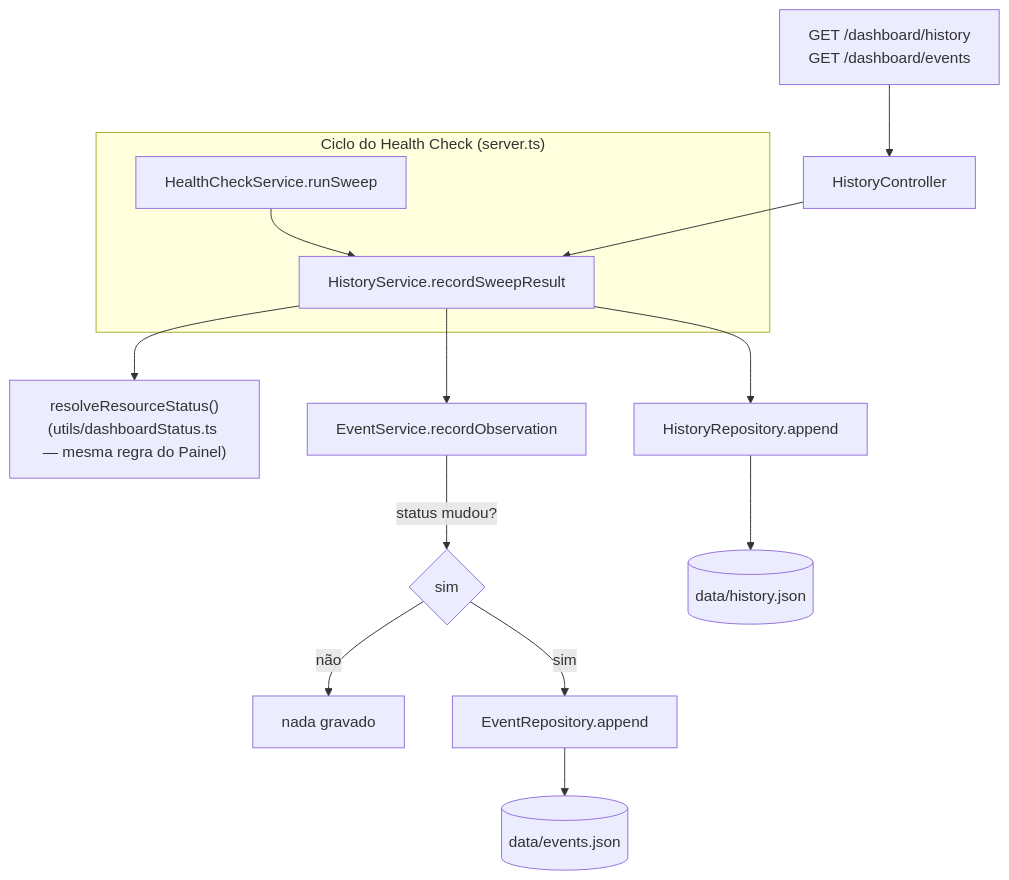
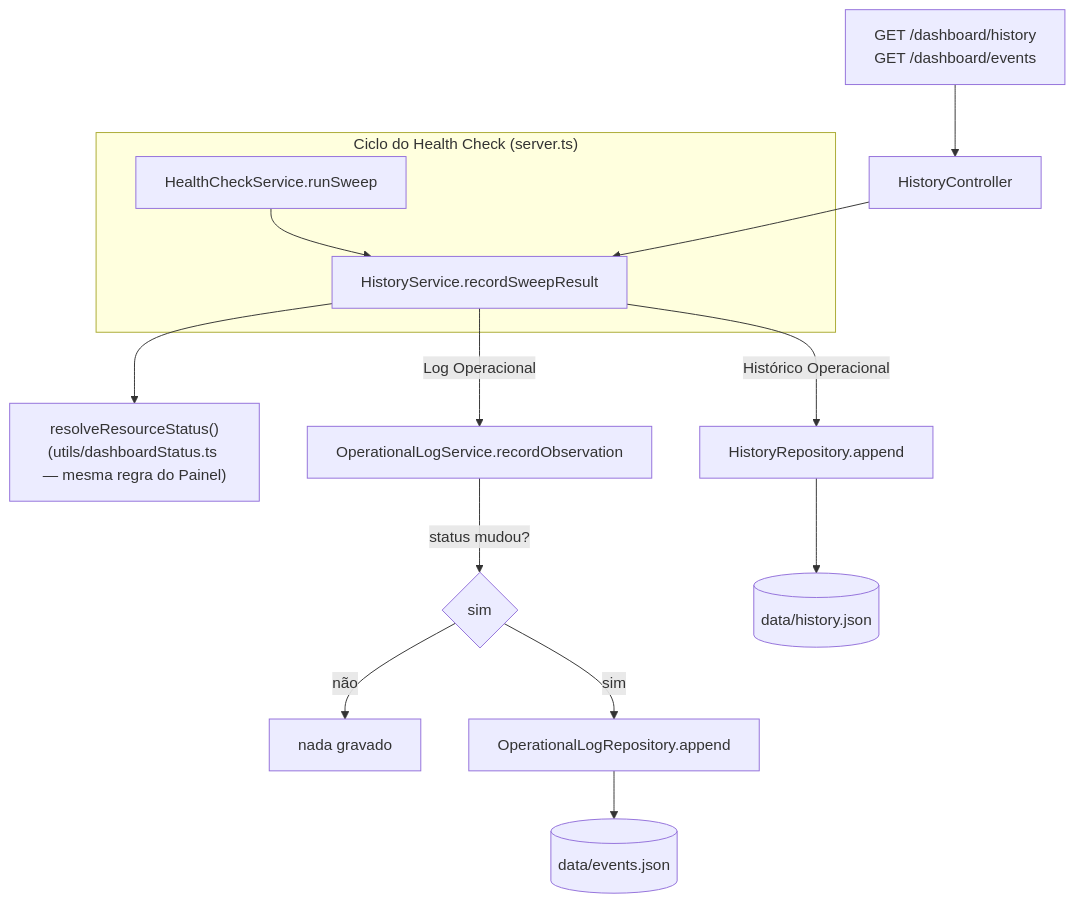
Before and after one commit to alanerochaa/buni-hub-api: the fifth of 5 diagrams in README.md, drawn with Mermaid. The commit also changed other lines of this file and 14 other files, not shown here.

Commit message:
feat(api): implementa API do Histórico Operacional

````diff
--- a/README.md
+++ b/README.md
@@ -444,21 +506,21 @@
 ```mermaid
 flowchart TB
     subgraph Sweep["Ciclo do Health Check (server.ts)"]
         HC[HealthCheckService.runSweep]
         HC --> HS[HistoryService.recordSweepResult]
     end
 
     HS --> RS["resolveResourceStatus()<br/>(utils/dashboardStatus.ts — mesma regra do Painel)"]
-    HS --> ES[EventService.recordObservation]
+    HS -->|"Log Operacional"| ES[OperationalLogService.recordObservation]
     ES -->|"status mudou?"| EW{"sim"}
     EW -->|não| Skip["nada gravado"]
-    EW -->|sim| EAppend[EventRepository.append]
+    EW -->|sim| EAppend[OperationalLogRepository.append]
 
-    HS --> HAppend[HistoryRepository.append]
+    HS -->|"Histórico Operacional"| HAppend[HistoryRepository.append]
 
     HAppend --> HJSON[("data/history.json")]
     EAppend --> EJSON[("data/events.json")]
 
     HTTP["GET /dashboard/history<br/>GET /dashboard/events"] --> HC2[HistoryController]
     HC2 --> HS
 ```
````
